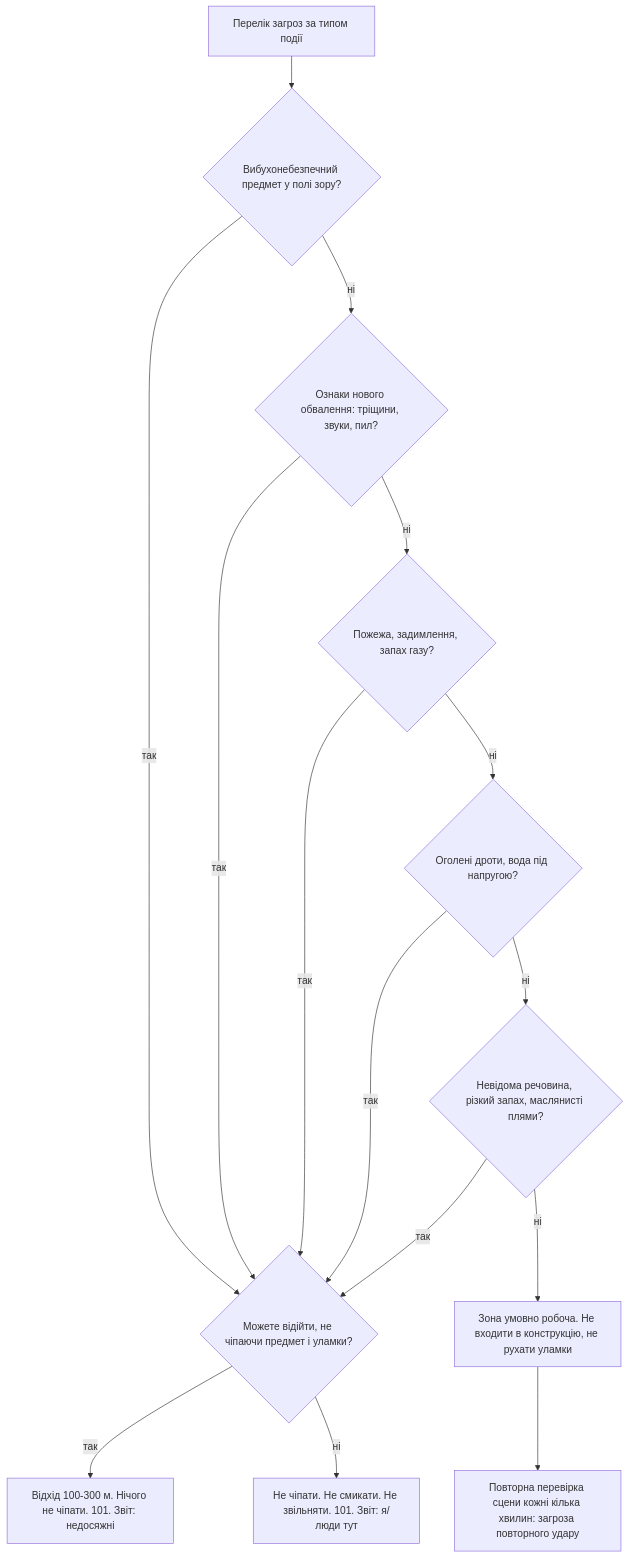
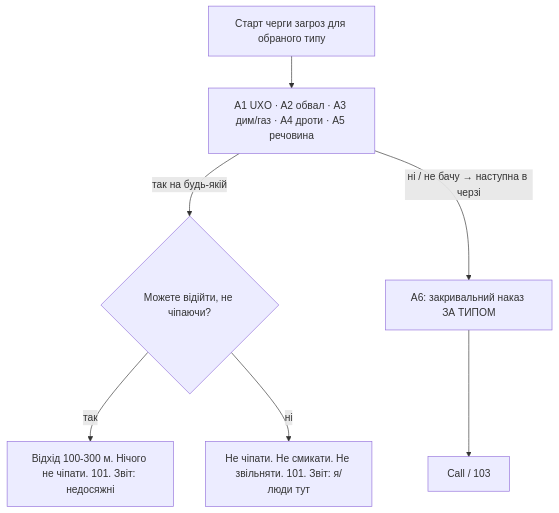
Before and after one commit to kaiserdem/ZeroEchelon: the second of 12 diagrams in docs/04-блок-схеми.md, drawn with Mermaid. The commit also changed other lines of this file and 5 other files, not shown here.

````diff
--- a/docs/04-блок-схеми.md
+++ b/docs/04-блок-схеми.md
@@ -50,17 +65,9 @@
 ```mermaid
 flowchart TD
-  A0["Перелік загроз за типом події"] --> A1{"Вибухонебезпечний предмет у полі зору?"}
-  A1 -->|"так"| CanLeave{"Можете відійти, не чіпаючи предмет і уламки?"}
-  A1 -->|"ні"| A2{"Ознаки нового обвалення: тріщини, звуки, пил?"}
-  A2 -->|"так"| CanLeave
-  A2 -->|"ні"| A3{"Пожежа, задимлення, запах газу?"}
-  A3 -->|"так"| CanLeave
-  A3 -->|"ні"| A4{"Оголені дроти, вода під напругою?"}
-  A4 -->|"так"| CanLeave
-  A4 -->|"ні"| A5{"Невідома речовина, різкий запах, маслянисті плями?"}
-  A5 -->|"так"| CanLeave
-  A5 -->|"ні"| A6["Зона умовно робоча. Не входити в конструкцію, не рухати уламки"]
+  A0["Старт черги загроз для обраного типу"] --> Threats["A1 UXO · A2 обвал · A3 дим/газ · A4 дроти · A5 речовина"]
+  Threats -->|"так на будь-якій"| CanLeave{"Можете відійти, не чіпаючи?"}
+  Threats -->|"ні / не бачу → наступна в черзі"| A6["A6: закривальний наказ ЗА ТИПОМ"]
   CanLeave -->|"так"| Out["Відхід 100-300 м. Нічого не чіпати. 101. Звіт: недосяжні"]
   CanLeave -->|"ні"| OutTrap["Не чіпати. Не смикати. Не звільняти. 101. Звіт: я/люди тут"]
-  A6 --> A7["Повторна перевірка сцени кожні кілька хвилин: загроза повторного удару"]
+  A6 --> Call["Call / 103"]
 ```
````
